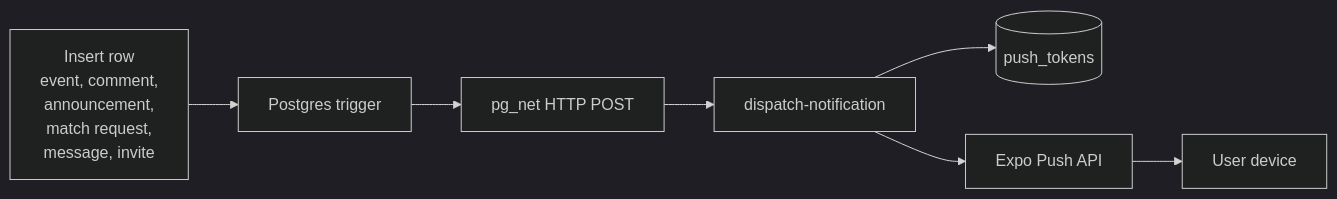
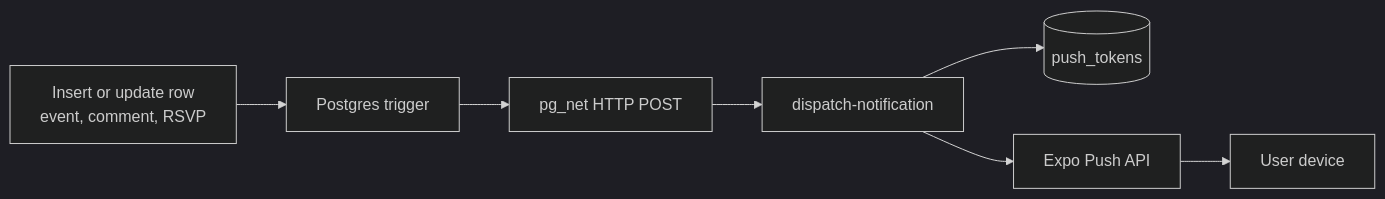
The fourth of 5 diagrams in docs/ARCHITECTURE.md (yunx14/PickleballCX), drawn with Mermaid (dark theme) before and after one commit. The commit also changed other lines of this file and 61 other files, not shown here.

````diff
--- a/docs/ARCHITECTURE.md
+++ b/docs/ARCHITECTURE.md
@@ -135,14 +129,14 @@
 ```mermaid
 flowchart LR
-  Insert[Insert row<br/>event, comment,<br/>announcement,<br/>match request,<br/>message, invite]
+  Insert[Insert or update row<br/>event, comment, RSVP]
   Trigger[Postgres trigger]
   PgNet[pg_net HTTP POST]
   EdgeFn[dispatch-notification]
   Tokens[(push_tokens)]
   Expo[Expo Push API]
   Device[User device]
 
   Insert --> Trigger --> PgNet --> EdgeFn
   EdgeFn --> Tokens
   EdgeFn --> Expo --> Device
 ```
````
